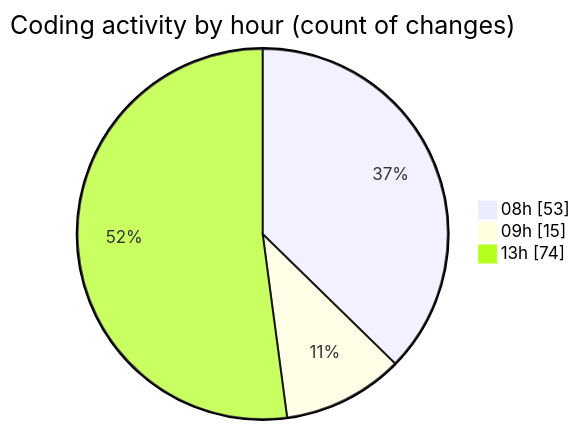
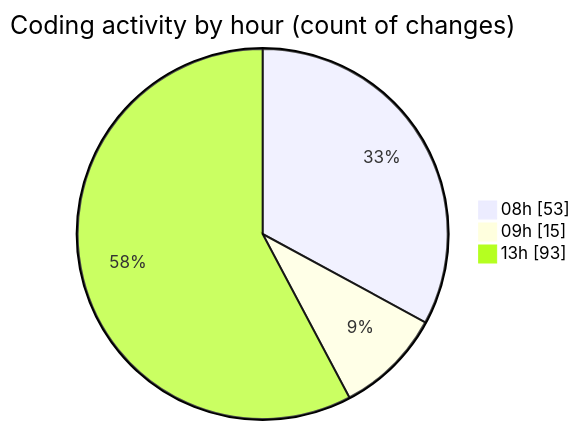
The second of 2 diagrams in 2026-05-01/cda/README.md (momahboobian/code-tracking), drawn with Mermaid before and after one commit. The commit also changed other lines of this file and 1 other file, not shown here.

````diff
--- a/2026-05-01/cda/README.md
+++ b/2026-05-01/cda/README.md
@@ -73,7 +73,7 @@
 ```mermaid
 pie showData
 title Coding activity by hour (count of changes)
 "08h" : 53
 "09h" : 15
-"13h" : 74
+"13h" : 93
 ```
````
